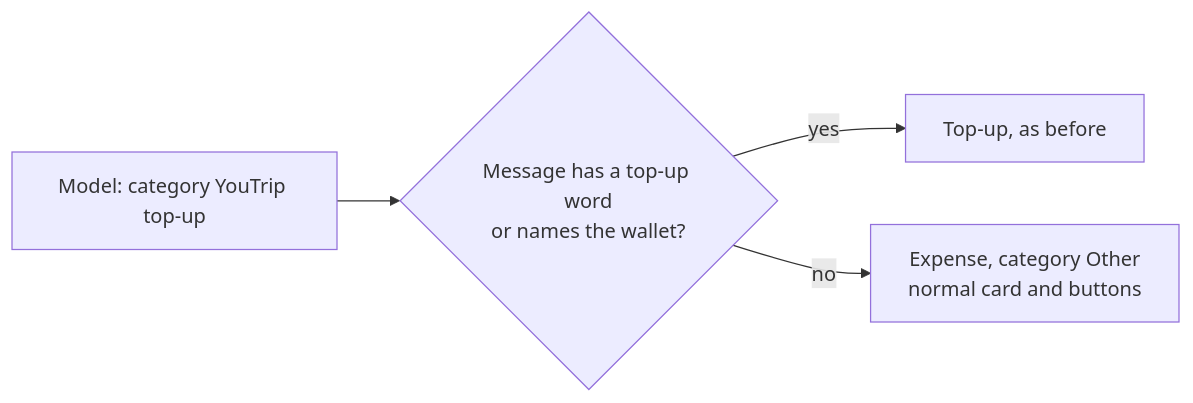
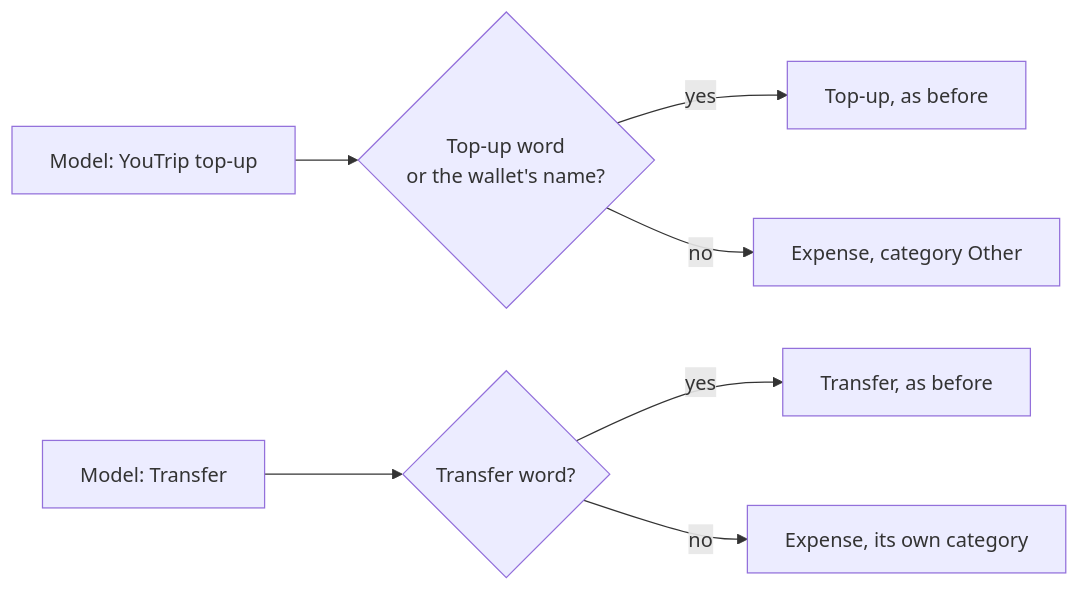
Before and after one commit to sujayjangam/unified-ledger-pipeline: the diagram in docs/decisions/0062-top-up-read-from-message-text.md, drawn with Mermaid. The commit also changed other lines of this file and 7 other files, not shown here.

First line of the commit message:
fix: a transfer counts only when the message says so (ADR-0062)

````diff
--- a/docs/decisions/0062-top-up-read-from-message-text.md
+++ b/docs/decisions/0062-top-up-read-from-message-text.md
@@ -16,6 +17,9 @@
 ```mermaid
 flowchart LR
-    M["Model: category YouTrip top-up"] --> Q{"Message has a top-up word<br/>or names the wallet?"}
+    M["Model: YouTrip top-up"] --> Q{"Top-up word<br/>or the wallet's name?"}
     Q -- yes --> T["Top-up, as before"]
-    Q -- no --> E["Expense, category Other<br/>normal card and buttons"]
+    Q -- no --> E["Expense, category Other"]
+    N["Model: Transfer"] --> R{"Transfer word?"}
+    R -- yes --> X["Transfer, as before"]
+    R -- no --> F["Expense, its own category"]
 ```
````
